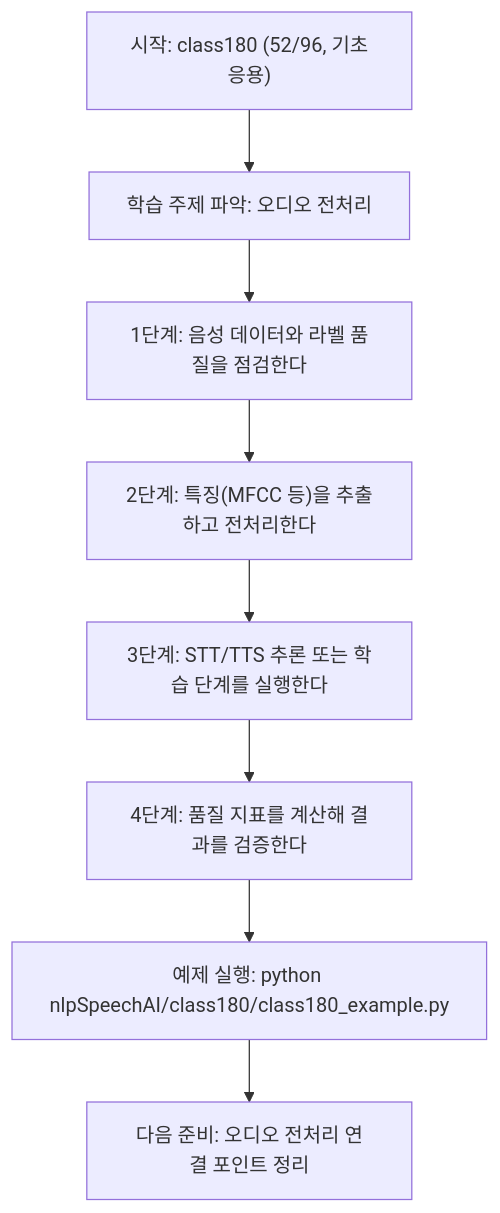
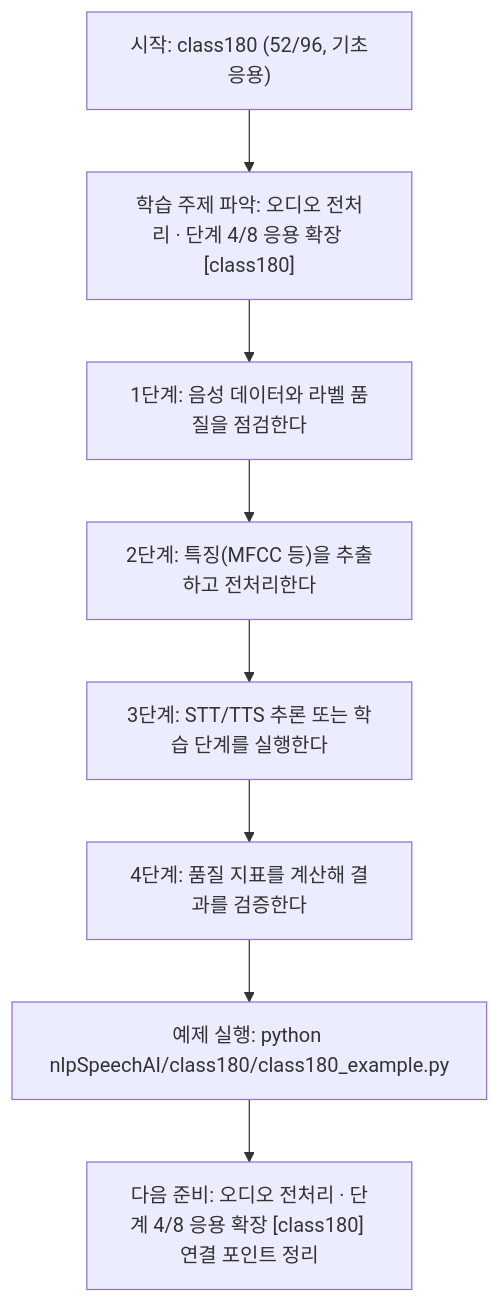
Before and after one commit to edumgt/Python-AI_Agent-Class: the diagram in nlpSpeechAI/class180/class180.md, drawn with Mermaid. The commit also changed other lines of this file and 522 other files, not shown here.

````diff
--- a/nlpSpeechAI/class180/class180.md
+++ b/nlpSpeechAI/class180/class180.md
@@ -112,18 +113,18 @@
 ```mermaid
 flowchart TD
 N1["시작: class180 (52/96, 기초응용)"]
-N2["학습 주제 파악: 오디오 전처리"]
+N2["학습 주제 파악: 오디오 전처리 · 단계 4/8 응용 확장 [class180]"]
 N3["1단계: 음성 데이터와 라벨 품질을 점검한다"]
 N4["2단계: 특징(MFCC 등)을 추출하고 전처리한다"]
 N5["3단계: STT/TTS 추론 또는 학습 단계를 실행한다"]
 N6["4단계: 품질 지표를 계산해 결과를 검증한다"]
 N7["예제 실행: python nlpSpeechAI/class180/class180_example.py"]
-N8["다음 준비: 오디오 전처리 연결 포인트 정리"]
+N8["다음 준비: 오디오 전처리 · 단계 4/8 응용 확장 [class180] 연결 포인트 정리"]
 N1 --> N2
 N2 --> N3
 N3 --> N4
 N4 --> N5
 N5 --> N6
 N6 --> N7
 N7 --> N8
 ```
````
